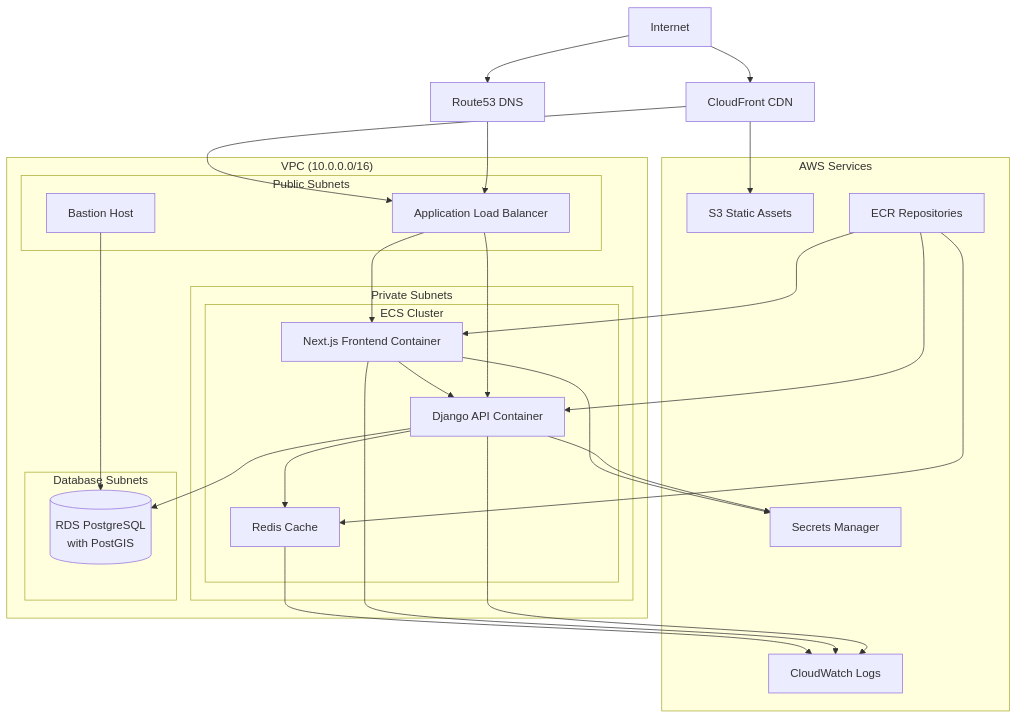
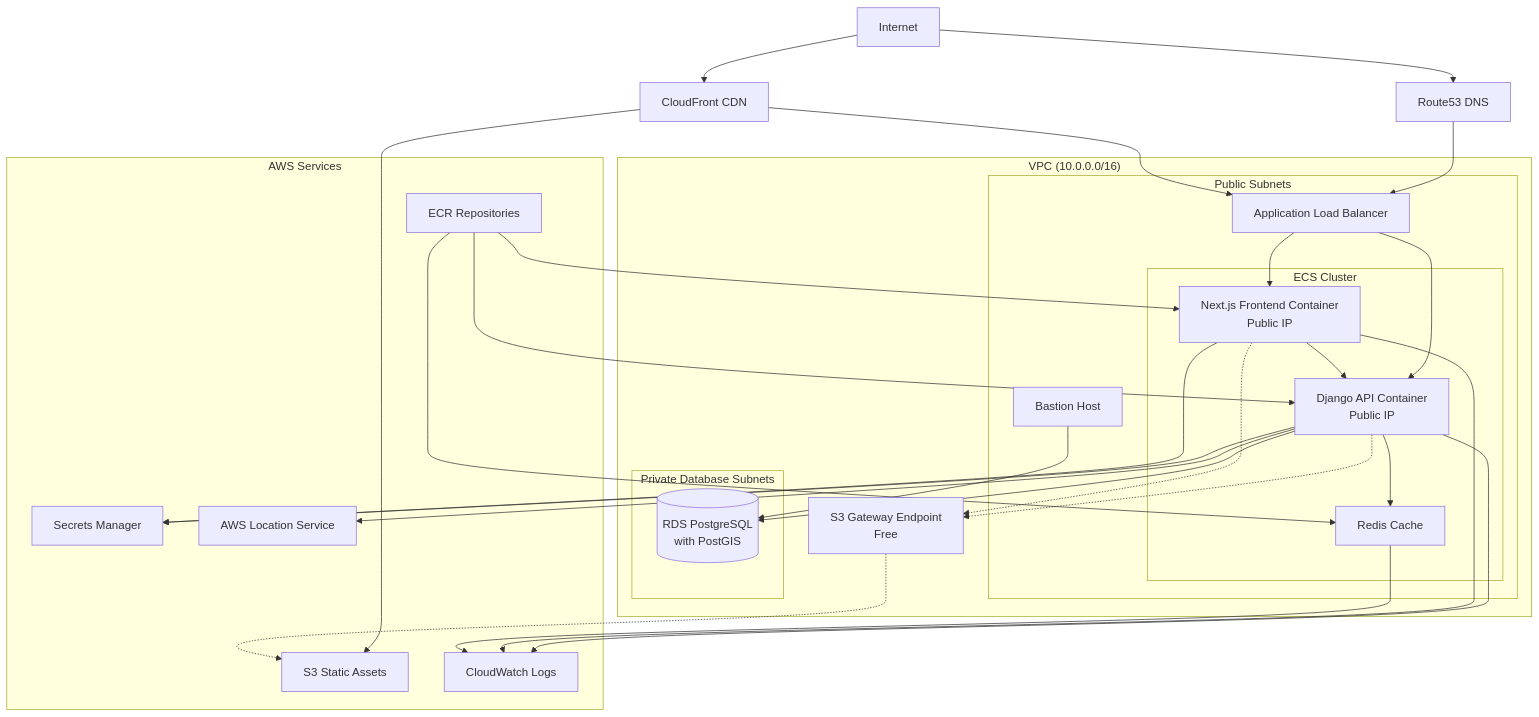
One commit to lhadjchikh/coalition-builder changed the diagram in docs/deployment/aws.md. Above: the diagram before and after it, drawn with Mermaid. The commit also changed other lines of this file and 13 other files, not shown here.

First line of the commit message:
feat: migrate ECS to public subnets for cost optimization

````diff
--- a/docs/deployment/aws.md
+++ b/docs/deployment/aws.md
@@ -25,65 +25,71 @@
 ```mermaid
 %%{init: {'theme':'basic'}}%%
 flowchart TB
     %% Internet
     internet[Internet] --> cloudfront[CloudFront CDN]
     internet --> route53[Route53 DNS]
 
     %% DNS and CDN
     route53 --> alb[Application Load Balancer]
     cloudfront --> s3_assets[S3 Static Assets]
 
     %% VPC Container
     subgraph vpc["VPC (10.0.0.0/16)"]
         %% Public Subnets
         subgraph public["Public Subnets"]
             alb
             bastion[Bastion Host]
-        end
-
-        %% Private Subnets
-        subgraph private["Private Subnets"]
             subgraph ecs_cluster["ECS Cluster"]
-                api[Django API Container]
-                app[Next.js Frontend Container]
+                api[Django API Container<br/>Public IP]
+                app[Next.js Frontend Container<br/>Public IP]
                 redis[Redis Cache]
             end
         end
 
         %% Database Subnets
-        subgraph db_subnets["Database Subnets"]
+        subgraph db_subnets["Private Database Subnets"]
             rds[(RDS PostgreSQL<br/>with PostGIS)]
         end
+
+        %% S3 Gateway Endpoint
+        s3_endpoint[S3 Gateway Endpoint<br/>Free]
     end
 
     %% External Services
     subgraph aws_services["AWS Services"]
         secrets[Secrets Manager]
         ecr[ECR Repositories]
         cloudwatch[CloudWatch Logs]
         s3_assets
+        location[AWS Location Service]
     end
 
     %% Connections
     alb --> api
     alb --> app
     api --> redis
     api --> rds
     app --> api
     bastion --> rds
 
     %% CloudFront connections
     cloudfront --> alb
 
-    %% Service connections
+    %% Service connections via Internet
     api --> secrets
     app --> secrets
     api --> cloudwatch
     app --> cloudwatch
     redis --> cloudwatch
+    api --> location
 
-    %% ECR
+    %% ECR connections via Internet
     ecr --> api
     ecr --> app
     ecr --> redis
+
+    %% S3 via Gateway Endpoint
+    api -.-> s3_endpoint
+    app -.-> s3_endpoint
+    s3_endpoint -.-> s3_assets
 ```
````
